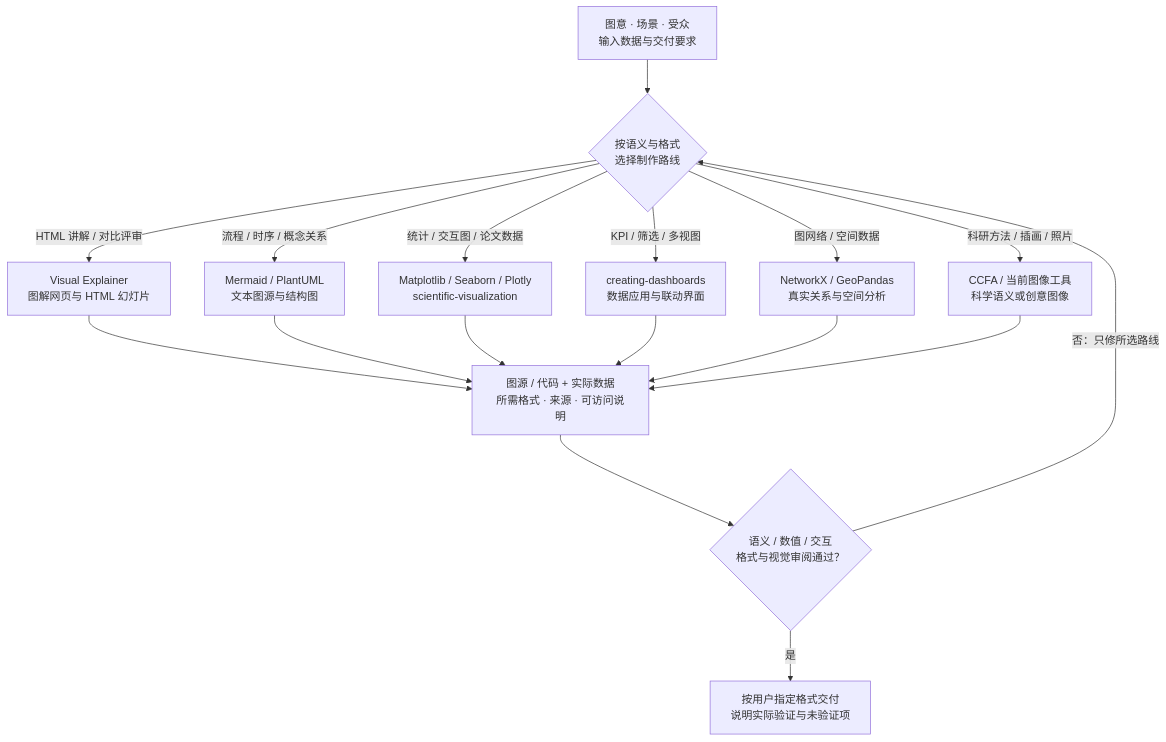
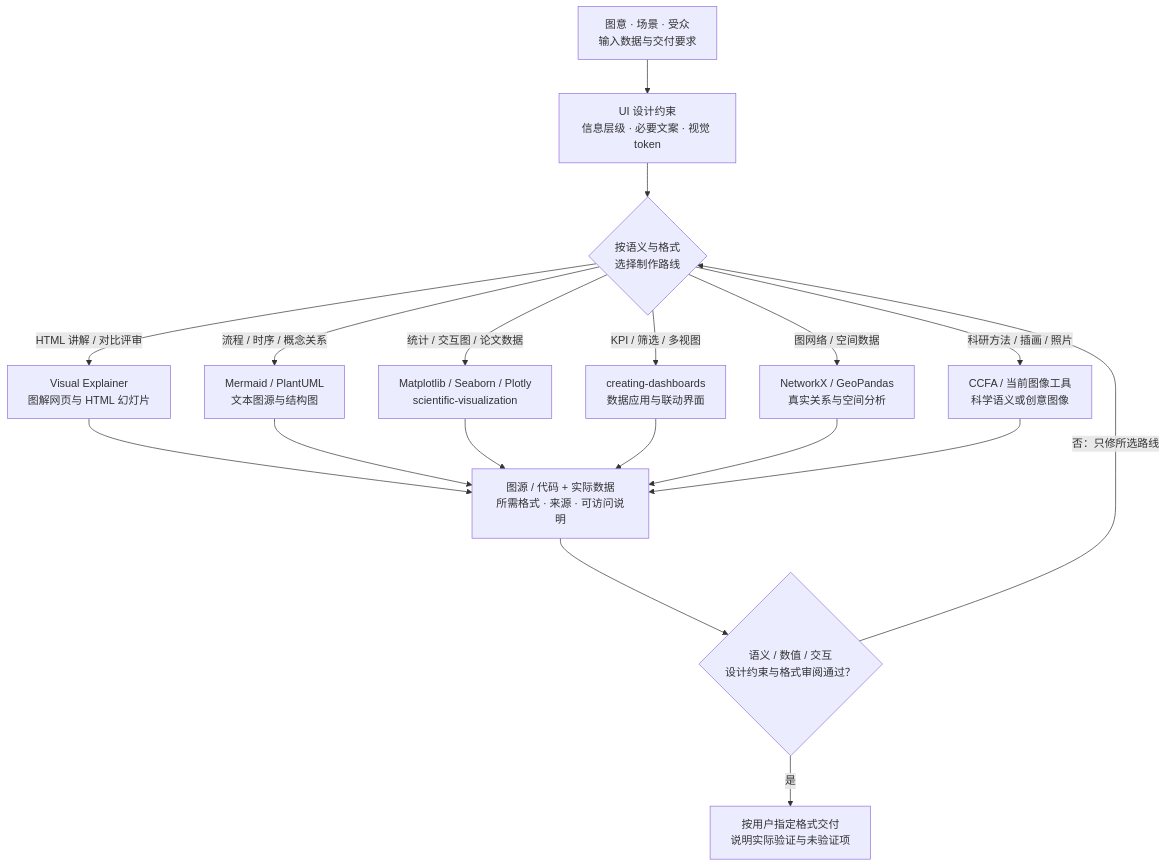
The diagram in mine/omnidraw/assets/workflow.mmd (rinbarpen/vibe-vibe), drawn with Mermaid before and after one commit. The commit also changed 1565 other files, not shown here.

```diff
--- a/mine/omnidraw/assets/workflow.mmd
+++ b/mine/omnidraw/assets/workflow.mmd
@@ -1,17 +1,18 @@
 flowchart TD
-    A["图意 · 场景 · 受众<br/>输入数据与交付要求"] --> B{"按语义与格式<br/>选择制作路线"}
+    A["图意 · 场景 · 受众<br/>输入数据与交付要求"] --> P["UI 设计约束<br/>信息层级 · 必要文案 · 视觉 token"]
+    P --> B{"按语义与格式<br/>选择制作路线"}
     B -->|HTML 讲解 / 对比评审| C["Visual Explainer<br/>图解网页与 HTML 幻灯片"]
     B -->|流程 / 时序 / 概念关系| D["Mermaid / PlantUML<br/>文本图源与结构图"]
     B -->|统计 / 交互图 / 论文数据| E["Matplotlib / Seaborn / Plotly<br/>scientific-visualization"]
     B -->|KPI / 筛选 / 多视图| I["creating-dashboards<br/>数据应用与联动界面"]
     B -->|图网络 / 空间数据| J["NetworkX / GeoPandas<br/>真实关系与空间分析"]
     B -->|科研方法 / 插画 / 照片| K["CCFA / 当前图像工具<br/>科学语义或创意图像"]
     C --> F["图源 / 代码 + 实际数据<br/>所需格式 · 来源 · 可访问说明"]
     D --> F
     E --> F
     I --> F
     J --> F
     K --> F
-    F --> G{"语义 / 数值 / 交互<br/>格式与视觉审阅通过？"}
+    F --> G{"语义 / 数值 / 交互<br/>设计约束与格式审阅通过？"}
     G -->|否：只修所选路线| B
     G -->|是| H["按用户指定格式交付<br/>说明实际验证与未验证项"]
```
